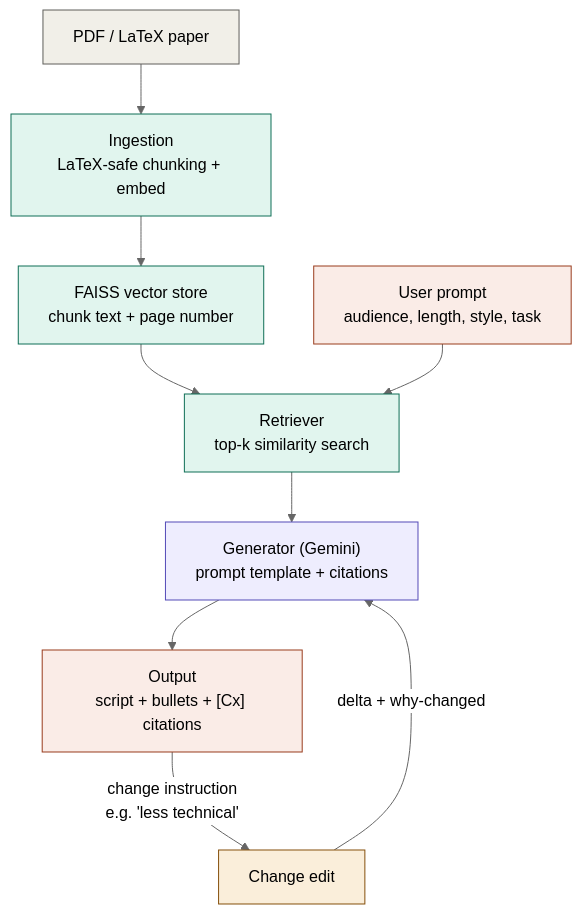
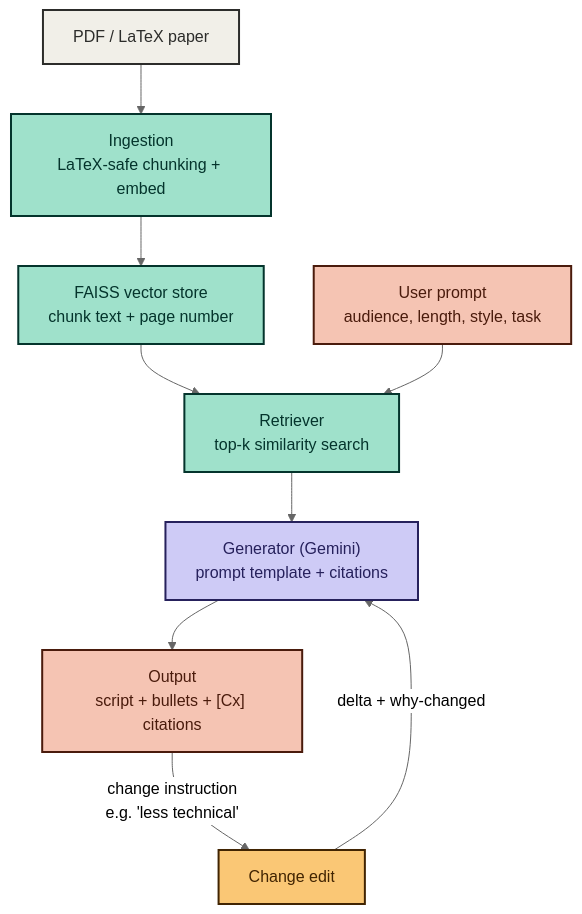
Before and after one commit to deveducode/saral-chatbot: the diagram in README.md, drawn with Mermaid (neutral theme). The commit also changed other lines of this file, not shown here.

Commit message:
Add README with architecture diagram, usage guide, and eval results

````diff
--- a/README.md
+++ b/README.md
@@ -26,20 +26,20 @@
 ```mermaid
 flowchart TD
     A[PDF / LaTeX paper] --> B["Ingestion<br/>LaTeX-safe chunking + embed"]
     B --> C["FAISS vector store<br/>chunk text + page number"]
     C --> D["Retriever<br/>top-k similarity search"]
     E["User prompt<br/>audience, length, style, task"] --> D
     D --> F["Generator (Gemini)<br/>prompt template + citations"]
     F --> G["Output<br/>script + bullets + [Cx] citations"]
     G -->|"change instruction<br/>e.g. 'less technical'"| H["Change edit"]
     H -->|"delta + why-changed"| F
 
-    style A fill:#f1efe8,stroke:#5f5e5a
-    style B fill:#e1f5ee,stroke:#0f6e56
-    style C fill:#e1f5ee,stroke:#0f6e56
-    style D fill:#e1f5ee,stroke:#0f6e56
-    style E fill:#faece7,stroke:#993c1d
-    style F fill:#eeedfe,stroke:#534ab7
-    style G fill:#faece7,stroke:#993c1d
-    style H fill:#faeeda,stroke:#854f0b
+    style A fill:#f1efe8,stroke:#2c2c2a,stroke-width:2px,color:#2c2c2a
+    style B fill:#9fe1cb,stroke:#04342c,stroke-width:2px,color:#04342c
+    style C fill:#9fe1cb,stroke:#04342c,stroke-width:2px,color:#04342c
+    style D fill:#9fe1cb,stroke:#04342c,stroke-width:2px,color:#04342c
+    style E fill:#f5c4b3,stroke:#4a1b0c,stroke-width:2px,color:#4a1b0c
+    style F fill:#cecbf6,stroke:#26215c,stroke-width:2px,color:#26215c
+    style G fill:#f5c4b3,stroke:#4a1b0c,stroke-width:2px,color:#4a1b0c
+    style H fill:#fac775,stroke:#412402,stroke-width:2px,color:#412402
 ```
````
